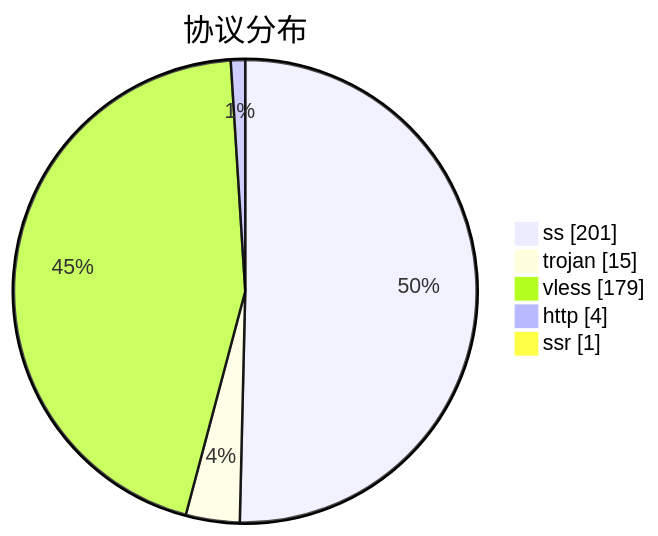
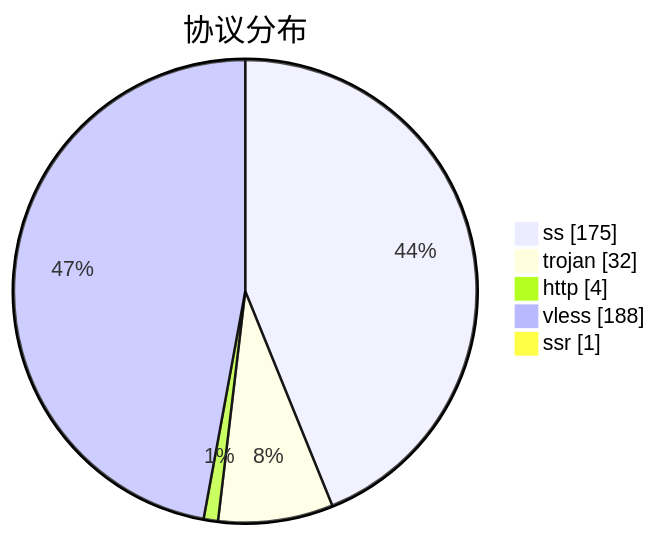
The third of 3 diagrams in subs/statistics/tested_within.md (qjlxg/airport), drawn with Mermaid before and after one commit. The commit also changed other lines of this file and 2 other files, not shown here.

````diff
--- a/subs/statistics/tested_within.md
+++ b/subs/statistics/tested_within.md
@@ -18,9 +19,9 @@
 ```mermaid
 pie showData
 title 协议分布
-"ss" : 201
-"trojan" : 15
-"vless" : 179
+"ss" : 175
+"trojan" : 32
 "http" : 4
+"vless" : 188
 "ssr" : 1
 ```
````
